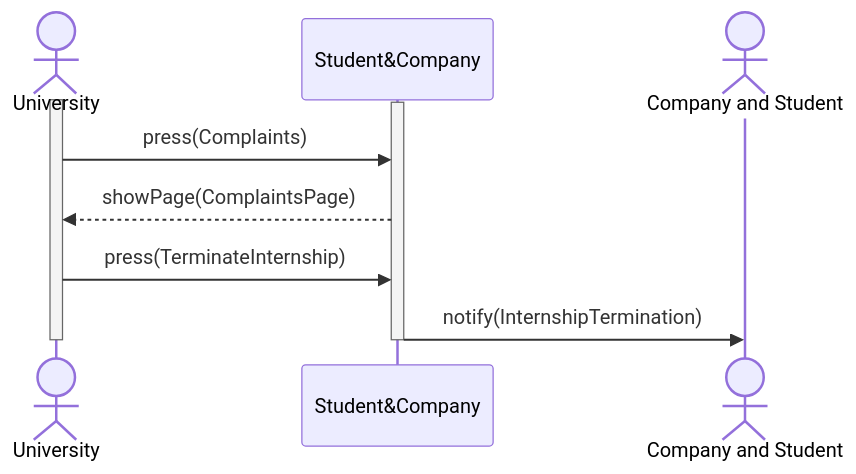
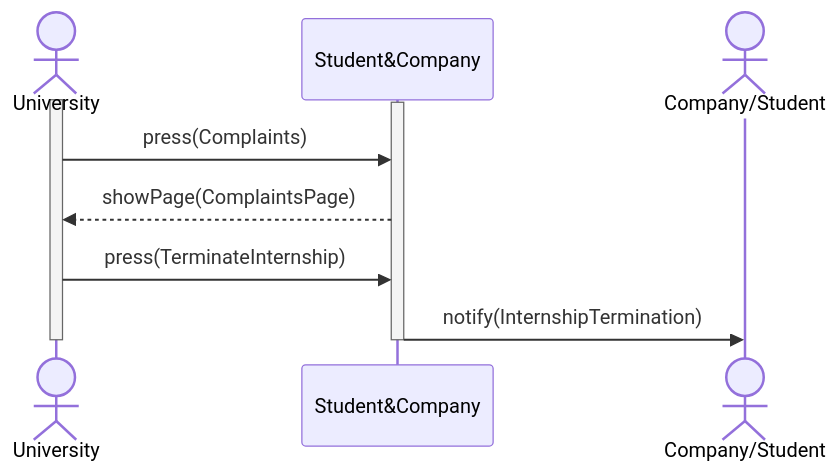
One commit to Slaitroc/RicciPaoliGrisoni changed diagram 13 of 13 in Diagrams/SequenceDiagrams.md. Above: the diagram before and after it, drawn with Mermaid.

Commit message:
small SeqDiagrams refactor

````diff
--- a/Diagrams/SequenceDiagrams.md
+++ b/Diagrams/SequenceDiagrams.md
@@ -335,14 +335,14 @@
 ```mermaid
 sequenceDiagram
     actor University
     participant Student&Company
-    actor Company and Student
+    actor Company/Student
     activate University
     activate Student&Company
     University ->> Student&Company: press(Complaints)
     Student&Company -->> University: showPage(ComplaintsPage)
     University ->> Student&Company: press(TerminateInternship)
-    Student&Company ->> Company and Student: notify(InternshipTermination)
+    Student&Company ->> Company/Student: notify(InternshipTermination)
     deactivate Student&Company
     deactivate University
 ```
````
